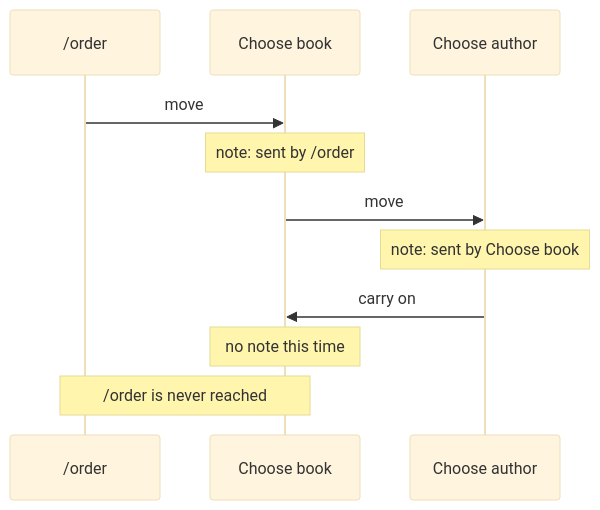
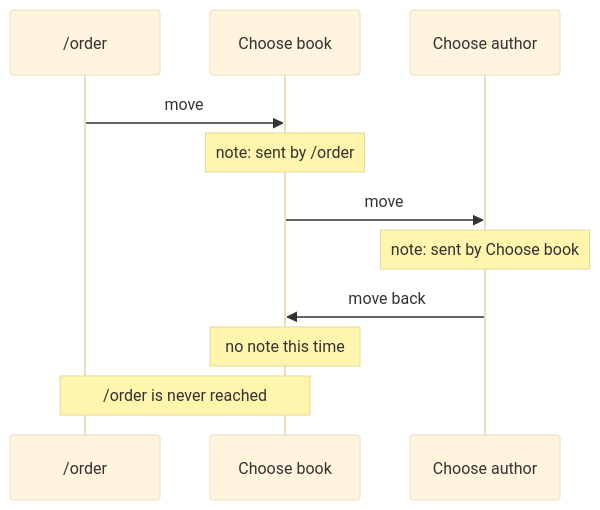
Before and after one commit to KitCli/KitCli: the first of 3 diagrams in docs/investigations/what-would-it-take-to-carry-on-after-nested-questions.md, drawn with Mermaid (base theme). The commit also changed other lines of this file and 1 other file, not shown here.

Commit message:
docs(workflow): name the move-back outcome ByMovingBackToPriorCommand

````diff
--- a/docs/investigations/what-would-it-take-to-carry-on-after-nested-questions.md
+++ b/docs/investigations/what-would-it-take-to-carry-on-after-nested-questions.md
@@ -33,13 +33,13 @@
 ```mermaid
 sequenceDiagram
     participant E as /order
     participant S as Choose book
     participant F as Choose author
     E->>S: move
     Note over S: note: sent by /order
     S->>F: move
     Note over F: note: sent by Choose book
-    F->>S: carry on
+    F->>S: move back
     Note over S: no note this time
     Note over E,S: /order is never reached
 ```
````
